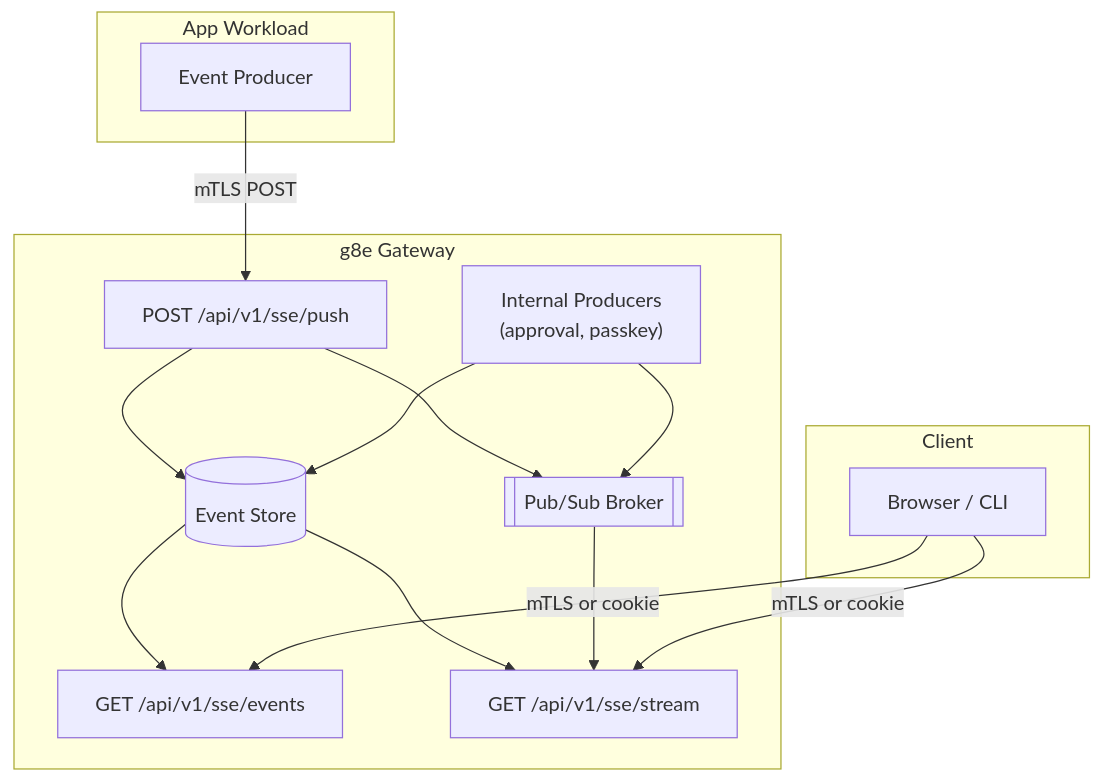
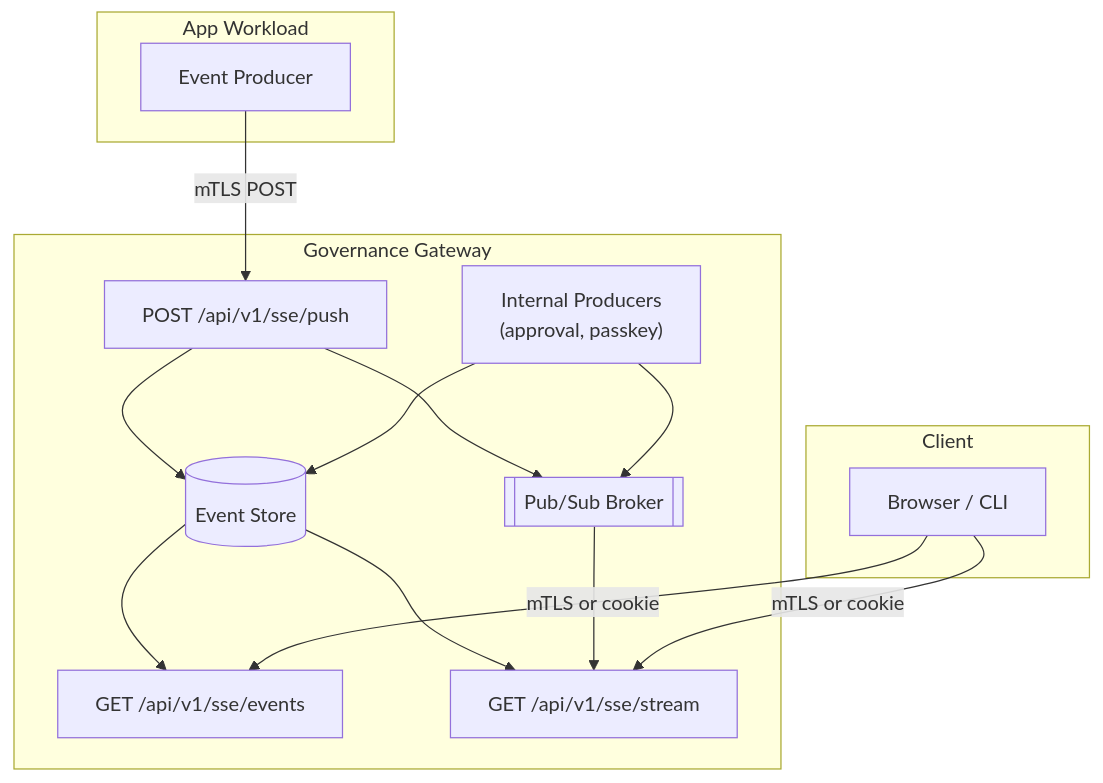
One commit to g8e-ai/g8e changed the diagram in docs/architecture/sse.md. Above: the diagram before and after it, drawn with Mermaid. The commit also changed other lines of this file and 131 other files, not shown here.

````diff
--- a/docs/architecture/sse.md
+++ b/docs/architecture/sse.md
@@ -33,30 +33,30 @@
 ```mermaid
 flowchart TD
     subgraph App ["App Workload"]
         producer["Event Producer"]
     end
 
-    subgraph Gateway ["g8e Gateway"]
+    subgraph Gateway ["Governance Gateway"]
         push["POST /api/v1/sse/push"]
         internal["Internal Producers\n(approval, passkey)"]
         db[("Event Store")]
         events["GET /api/v1/sse/events"]
         stream["GET /api/v1/sse/stream"]
         pubsub[["Pub/Sub Broker"]]
     end
 
     subgraph Client ["Client"]
         browser["Browser / CLI"]
     end
 
     producer -- "mTLS POST" --> push
     push --> db
     push --> pubsub
     internal --> db
     internal --> pubsub
     db --> events
     db --> stream
     pubsub --> stream
     browser -- "mTLS or cookie" --> stream
     browser -- "mTLS or cookie" --> events
 ```
````
